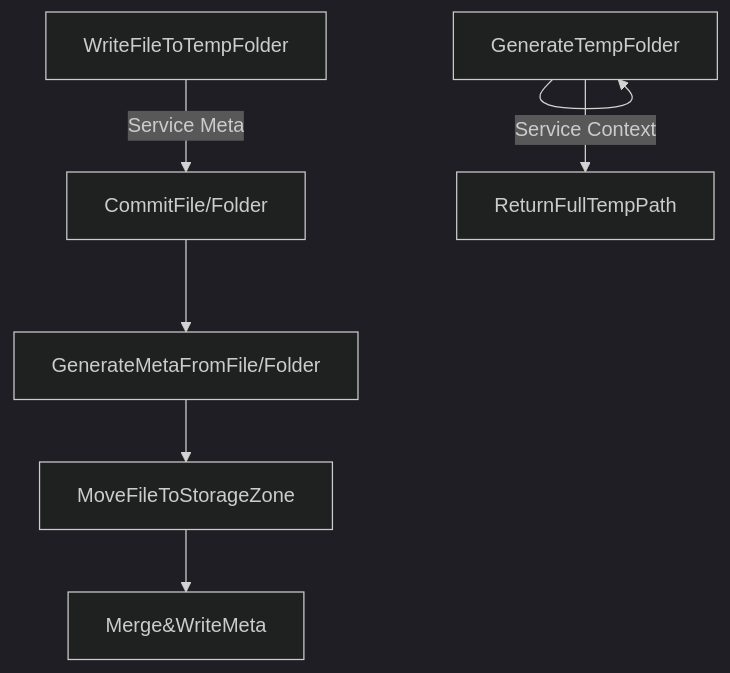
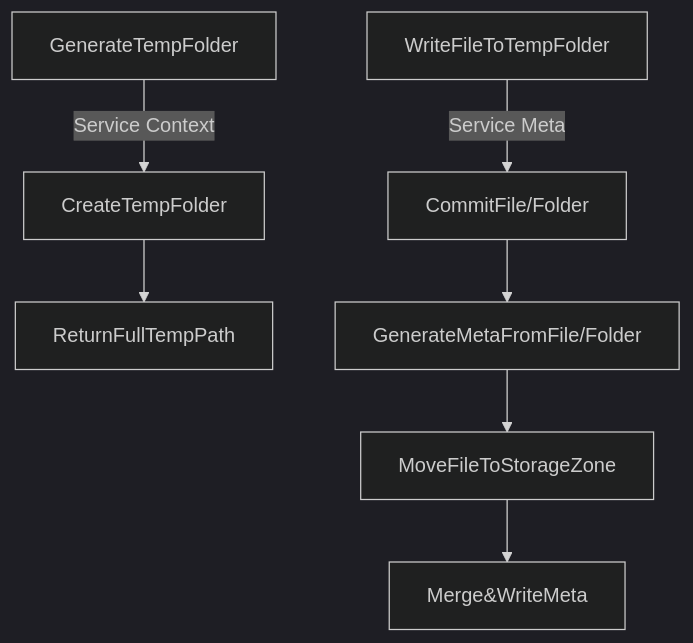
Before and after one commit to Sciuromorpha/Documents: the first of 2 diagrams in Design/Storage Design.md, drawn with Mermaid (dark theme). The commit also changed 1 other file, not shown here.

````diff
--- a/Design/Storage Design.md
+++ b/Design/Storage Design.md
@@ -43,5 +43,5 @@
 ```mermaid
 graph TD
-  GenerateTempFolder--Service Context-->GenerateTempFolder-->ReturnFullTempPath
+  GenerateTempFolder--Service Context-->CreateTempFolder-->ReturnFullTempPath
   WriteFileToTempFolder--Service Meta-->CommitFile/Folder-->GenerateMetaFromFile/Folder-->MoveFileToStorageZone-->Merge&WriteMeta
 ```
````
